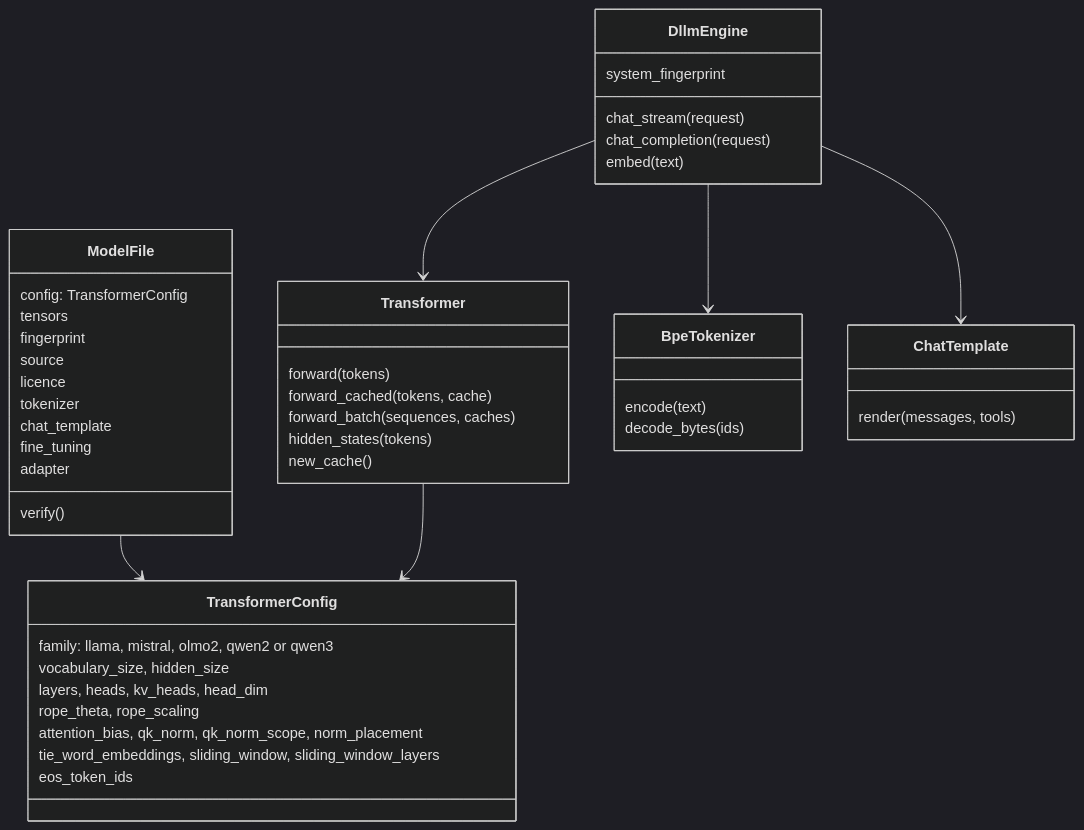
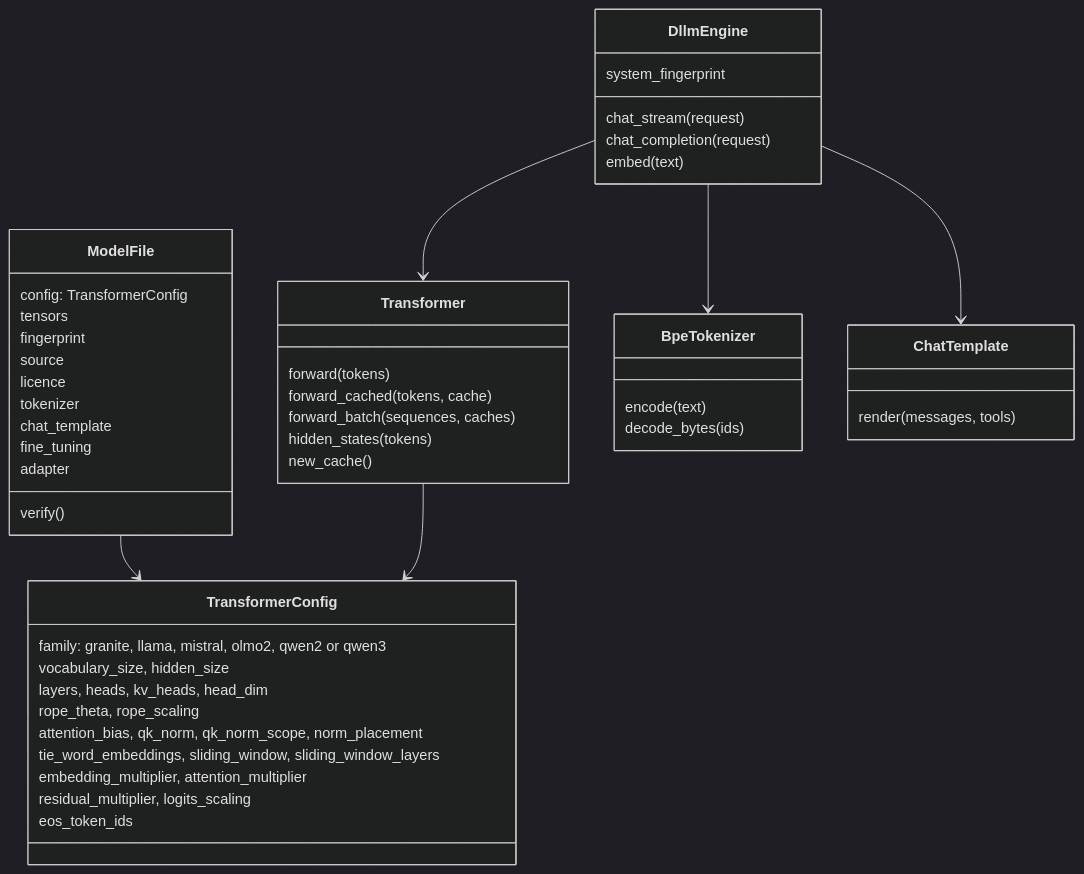
The fourth of 4 diagrams in docs/architecture/models.md (vrenken/etalii.dllm), drawn with Mermaid (dark theme) before and after one commit. The commit also changed other lines of this file and 13 other files, not shown here.

First line of the commit message:
IBM Granite 3.x architecture: embedding, attention, residual and logit multipliers

````diff
--- a/docs/architecture/models.md
+++ b/docs/architecture/models.md
@@ -136,49 +137,51 @@
 ```mermaid
 classDiagram
     class ModelFile {
         config: TransformerConfig
         tensors
         fingerprint
         source
         licence
         tokenizer
         chat_template
         fine_tuning
         adapter
         verify()
     }
     class TransformerConfig {
-        family: llama, mistral, olmo2, qwen2 or qwen3
+        family: granite, llama, mistral, olmo2, qwen2 or qwen3
         vocabulary_size, hidden_size
         layers, heads, kv_heads, head_dim
         rope_theta, rope_scaling
         attention_bias, qk_norm, qk_norm_scope, norm_placement
         tie_word_embeddings, sliding_window, sliding_window_layers
+        embedding_multiplier, attention_multiplier
+        residual_multiplier, logits_scaling
         eos_token_ids
     }
     class Transformer {
         forward(tokens)
         forward_cached(tokens, cache)
         forward_batch(sequences, caches)
         hidden_states(tokens)
         new_cache()
     }
     class BpeTokenizer {
         encode(text)
         decode_bytes(ids)
     }
     class ChatTemplate {
         render(messages, tools)
     }
     class DllmEngine {
         chat_stream(request)
         chat_completion(request)
         embed(text)
         system_fingerprint
     }
     ModelFile --> TransformerConfig
     Transformer --> TransformerConfig
     DllmEngine --> Transformer
     DllmEngine --> BpeTokenizer
     DllmEngine --> ChatTemplate
 ```
````
